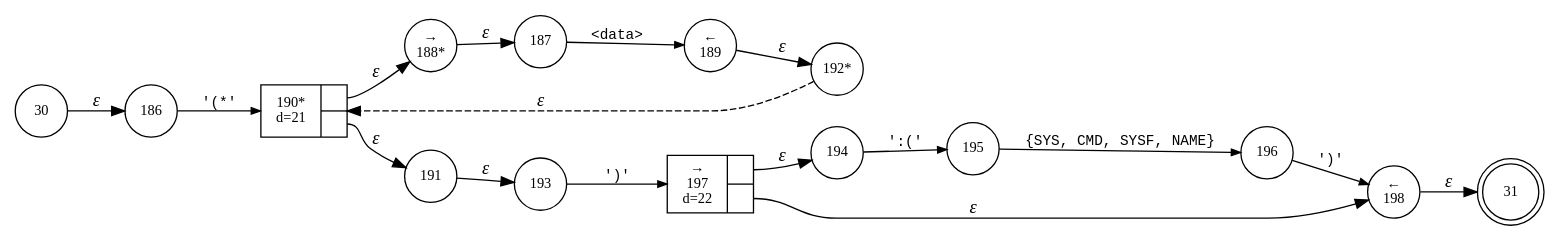
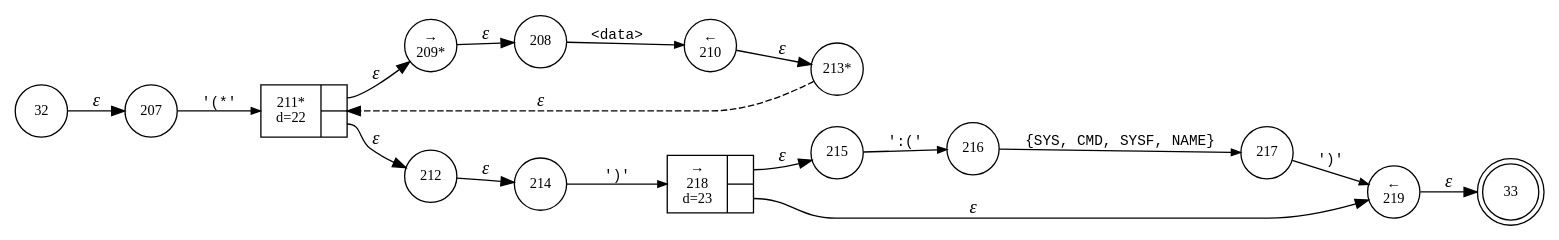
Before and after one commit to vulogov/Bund2: the diagram in internal/parser/Bund.datablock_term.dot, drawn with Graphviz. The commit also changed 74 other files, not shown here.

```diff
--- a/internal/parser/Bund.datablock_term.dot
+++ b/internal/parser/Bund.datablock_term.dot
@@ -1,34 +1,34 @@
 digraph ATN {
 rankdir=LR;
-s31[fontsize=11, label="31", shape=doublecircle, fixedsize=true, width=.6];
-s192[fontsize=11,label="192*", shape=circle, fixedsize=true, width=.55, peripheries=1];
-s193[fontsize=11,label="193", shape=circle, fixedsize=true, width=.55, peripheries=1];
-s194[fontsize=11,label="194", shape=circle, fixedsize=true, width=.55, peripheries=1];
-s195[fontsize=11,label="195", shape=circle, fixedsize=true, width=.55, peripheries=1];
-s196[fontsize=11,label="196", shape=circle, fixedsize=true, width=.55, peripheries=1];
-s197[fontsize=11,label="{&rarr;\n197\nd=22|{<p0>|<p1>}}", shape=record, fixedsize=false, peripheries=1];
-s198[fontsize=11,label="&larr;\n198", shape=circle, fixedsize=true, width=.55, peripheries=1];
-s186[fontsize=11,label="186", shape=circle, fixedsize=true, width=.55, peripheries=1];
-s187[fontsize=11,label="187", shape=circle, fixedsize=true, width=.55, peripheries=1];
-s188[fontsize=11,label="&rarr;\n188*", shape=circle, fixedsize=true, width=.55, peripheries=1];
-s189[fontsize=11,label="&larr;\n189", shape=circle, fixedsize=true, width=.55, peripheries=1];
-s30[fontsize=11,label="30", shape=circle, fixedsize=true, width=.55, peripheries=1];
-s190[fontsize=11,label="{190*\nd=21|{<p0>|<p1>}}", shape=record, fixedsize=false, peripheries=1];
-s191[fontsize=11,label="191", shape=circle, fixedsize=true, width=.55, peripheries=1];
-s30 -> s186 [fontname="Times-Italic", label="&epsilon;"];
-s186 -> s190 [fontsize=11, fontname="Courier", arrowsize=.7, label = "'(*'", arrowhead = normal];
-s190:p0 -> s188 [fontname="Times-Italic", label="&epsilon;"];
-s190:p1 -> s191 [fontname="Times-Italic", label="&epsilon;"];
-s188 -> s187 [fontname="Times-Italic", label="&epsilon;"];
-s191 -> s193 [fontname="Times-Italic", label="&epsilon;"];
-s187 -> s189 [fontsize=11, fontname="Courier", arrowsize=.7, label = "<data>", arrowhead = normal];
-s193 -> s197 [fontsize=11, fontname="Courier", arrowsize=.7, label = "')'", arrowhead = normal];
-s189 -> s192 [fontname="Times-Italic", label="&epsilon;"];
-s197:p0 -> s194 [fontname="Times-Italic", label="&epsilon;"];
-s197:p1 -> s198 [fontname="Times-Italic", label="&epsilon;"];
-s192 -> s190 [fontname="Times-Italic", label="&epsilon;", style="dashed"];
-s194 -> s195 [fontsize=11, fontname="Courier", arrowsize=.7, label = "':('", arrowhead = normal];
-s198 -> s31 [fontname="Times-Italic", label="&epsilon;"];
-s195 -> s196 [fontsize=11, fontname="Courier", arrowsize=.7, label = "{SYS, CMD, SYSF, NAME}", arrowhead = normal];
-s196 -> s198 [fontsize=11, fontname="Courier", arrowsize=.7, label = "')'", arrowhead = normal];
+s33[fontsize=11, label="33", shape=doublecircle, fixedsize=true, width=.6];
+s32[fontsize=11,label="32", shape=circle, fixedsize=true, width=.55, peripheries=1];
+s207[fontsize=11,label="207", shape=circle, fixedsize=true, width=.55, peripheries=1];
+s208[fontsize=11,label="208", shape=circle, fixedsize=true, width=.55, peripheries=1];
+s209[fontsize=11,label="&rarr;\n209*", shape=circle, fixedsize=true, width=.55, peripheries=1];
+s210[fontsize=11,label="&larr;\n210", shape=circle, fixedsize=true, width=.55, peripheries=1];
+s211[fontsize=11,label="{211*\nd=22|{<p0>|<p1>}}", shape=record, fixedsize=false, peripheries=1];
+s212[fontsize=11,label="212", shape=circle, fixedsize=true, width=.55, peripheries=1];
+s213[fontsize=11,label="213*", shape=circle, fixedsize=true, width=.55, peripheries=1];
+s214[fontsize=11,label="214", shape=circle, fixedsize=true, width=.55, peripheries=1];
+s215[fontsize=11,label="215", shape=circle, fixedsize=true, width=.55, peripheries=1];
+s216[fontsize=11,label="216", shape=circle, fixedsize=true, width=.55, peripheries=1];
+s217[fontsize=11,label="217", shape=circle, fixedsize=true, width=.55, peripheries=1];
+s218[fontsize=11,label="{&rarr;\n218\nd=23|{<p0>|<p1>}}", shape=record, fixedsize=false, peripheries=1];
+s219[fontsize=11,label="&larr;\n219", shape=circle, fixedsize=true, width=.55, peripheries=1];
+s32 -> s207 [fontname="Times-Italic", label="&epsilon;"];
+s207 -> s211 [fontsize=11, fontname="Courier", arrowsize=.7, label = "'(*'", arrowhead = normal];
+s211:p0 -> s209 [fontname="Times-Italic", label="&epsilon;"];
+s211:p1 -> s212 [fontname="Times-Italic", label="&epsilon;"];
+s209 -> s208 [fontname="Times-Italic", label="&epsilon;"];
+s212 -> s214 [fontname="Times-Italic", label="&epsilon;"];
+s208 -> s210 [fontsize=11, fontname="Courier", arrowsize=.7, label = "<data>", arrowhead = normal];
+s214 -> s218 [fontsize=11, fontname="Courier", arrowsize=.7, label = "')'", arrowhead = normal];
+s210 -> s213 [fontname="Times-Italic", label="&epsilon;"];
+s218:p0 -> s215 [fontname="Times-Italic", label="&epsilon;"];
+s218:p1 -> s219 [fontname="Times-Italic", label="&epsilon;"];
+s213 -> s211 [fontname="Times-Italic", label="&epsilon;", style="dashed"];
+s215 -> s216 [fontsize=11, fontname="Courier", arrowsize=.7, label = "':('", arrowhead = normal];
+s219 -> s33 [fontname="Times-Italic", label="&epsilon;"];
+s216 -> s217 [fontsize=11, fontname="Courier", arrowsize=.7, label = "{SYS, CMD, SYSF, NAME}", arrowhead = normal];
+s217 -> s219 [fontsize=11, fontname="Courier", arrowsize=.7, label = "')'", arrowhead = normal];
 }
```
